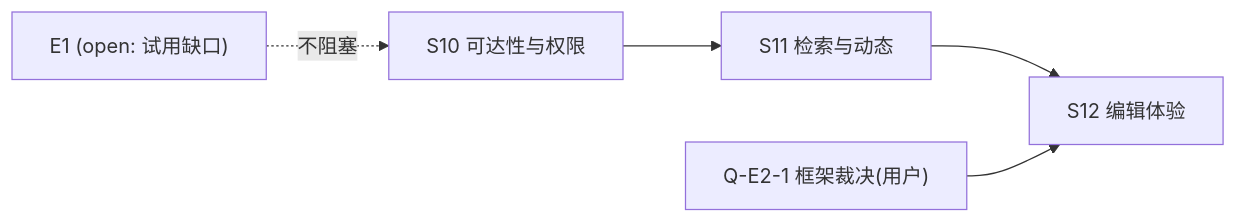
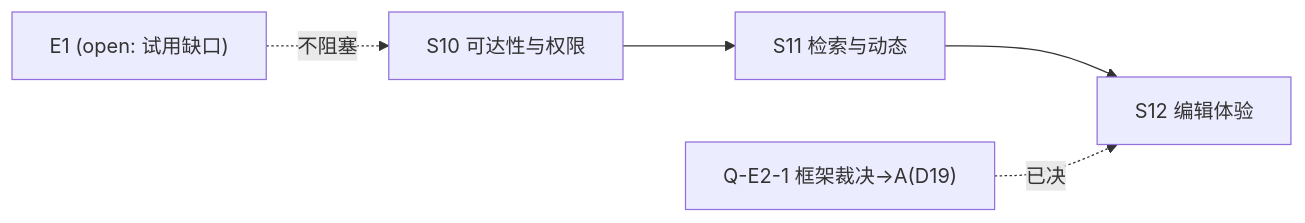
One commit to WayJ/notegit changed the diagram in docs/superpowers/roadmaps/2026-10-14-notegit-e2-gui.md. Above: the diagram before and after it, drawn with Mermaid. The commit also changed other lines of this file, not shown here.

````diff
--- a/docs/superpowers/roadmaps/2026-10-14-notegit-e2-gui.md
+++ b/docs/superpowers/roadmaps/2026-10-14-notegit-e2-gui.md
@@ -55,7 +55,7 @@
 ```mermaid
 flowchart LR
     E1["E1 (open: 试用缺口)"] -.不阻塞.-> S10["S10 可达性与权限"]
     S10 --> S11["S11 检索与动态"]
     S11 --> S12["S12 编辑体验"]
-    Q["Q-E2-1 框架裁决(用户)"] --> S12
+    Q["Q-E2-1 框架裁决→A(D19)"] -.已决.-> S12
 ```
````
